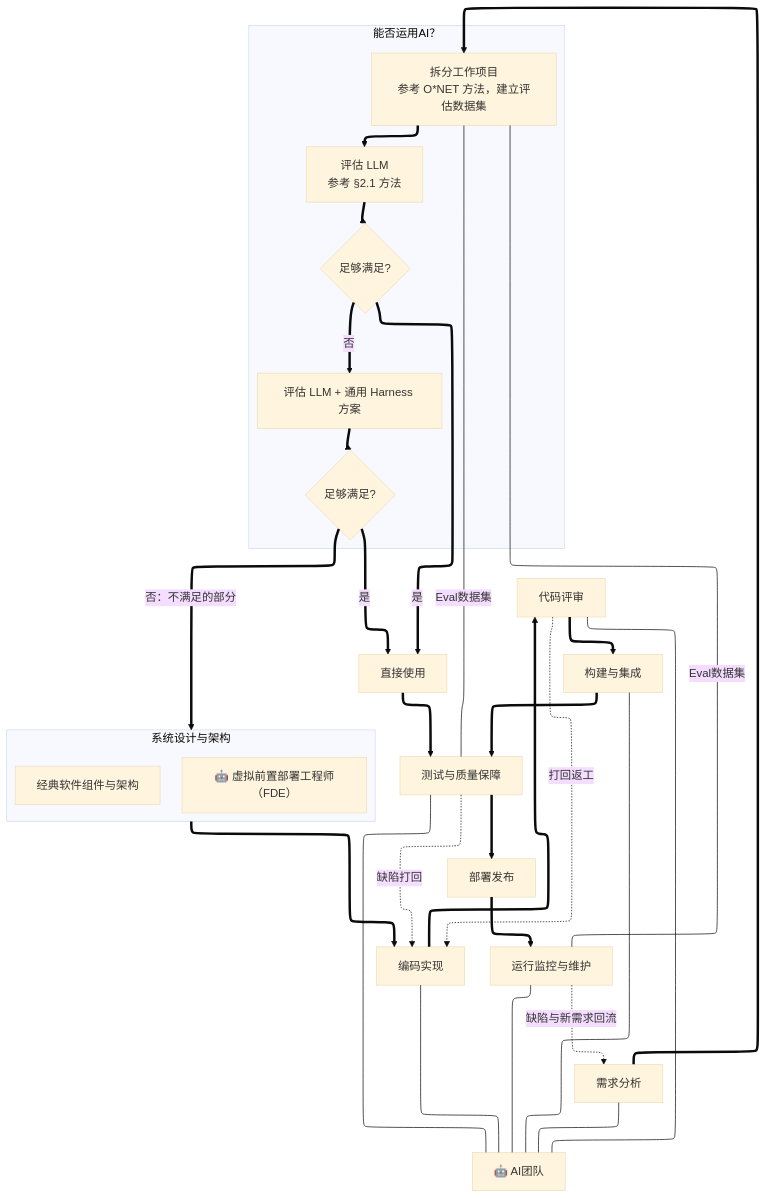
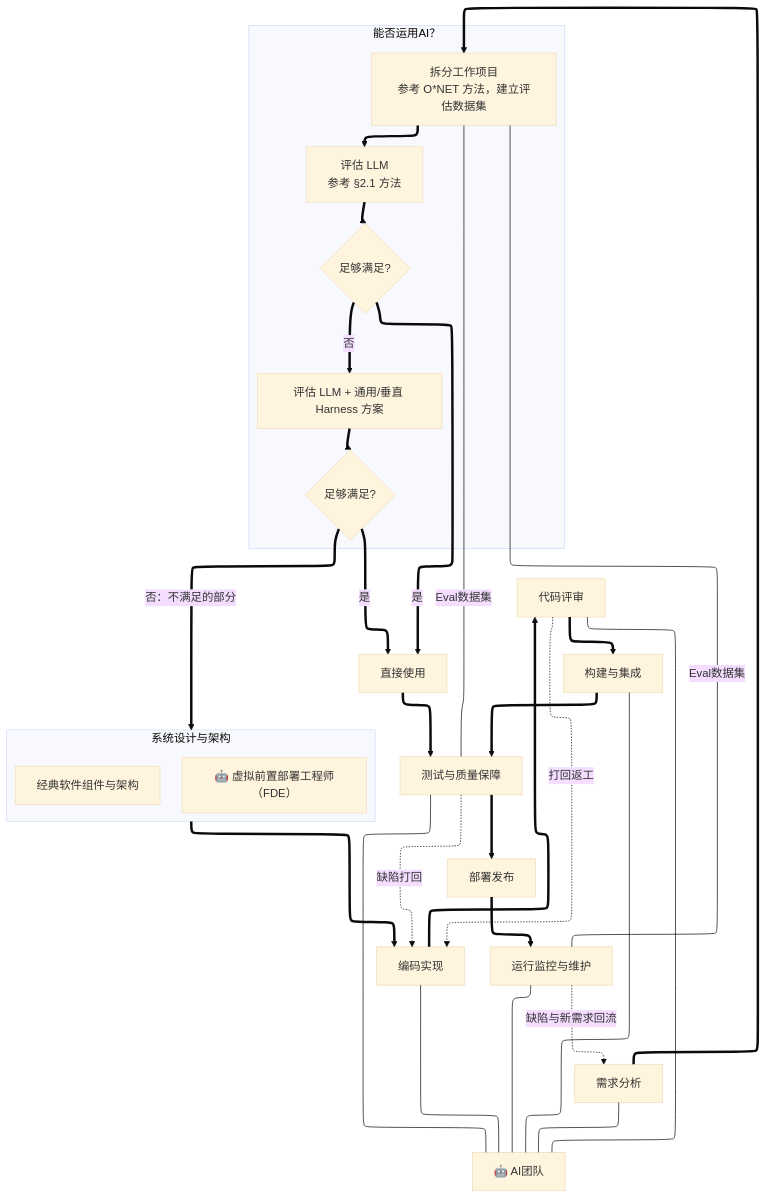
One commit to AI-LLM/Controversy changed the second of 2 diagrams in chat/AIKnowledgeLabor.md. Above: the diagram before and after it, drawn with Mermaid (base theme).

````diff
--- a/chat/AIKnowledgeLabor.md
+++ b/chat/AIKnowledgeLabor.md
@@ -624,44 +624,44 @@
 ```mermaid
 ---
 config:
   layout: elk
   elk:
     nodePlacementStrategy: NETWORK_SIMPLEX
     mergeEdges: false
 ---
 graph TD
     R[需求分析] ==> A1
     subgraph SP [能否运用AI？]
         direction TB
         A1[拆分工作项目<br/>参考 O*NET 方法，建立评估数据集] ==> A2[评估 LLM<br/>参考 §2.1 方法]
         A2 ==> Q1{足够满足?}
-        Q1 == 否 ==> A3[评估 LLM + 通用 Harness 方案]
+        Q1 == 否 ==> A3[评估 LLM + 通用/垂直 Harness 方案]
         A3 ==> Q2{足够满足?}
     end
     Q1 == 是 ==> U[直接使用]
     Q2 == 是 ==> U
     U ==> T
     subgraph D [系统设计与架构]
         direction TB
         D1[经典软件组件与架构]
         D2[🤖 虚拟前置部署工程师（FDE）]
     end
     Q2 == 否：不满足的部分 ==> D
     D ==> C[编码实现]
     C ==> CR[代码评审]
     CR ==> IG[构建与集成]
     IG ==> T[测试与质量保障]
     T ==> DP[部署发布]
     DP ==> MO[运行监控与维护]
     CR -. 打回返工 .-> C
     T -. 缺陷打回 .-> C
     MO -. 缺陷与新需求回流 .-> R
     R --- AIE[🤖 AI团队]
     C --- AIE
     CR --- AIE
     IG --- AIE
     T --- AIE
     MO --- AIE
     A1 ---|Eval数据集| T
     A1 ---|Eval数据集| MO
 ```
````
